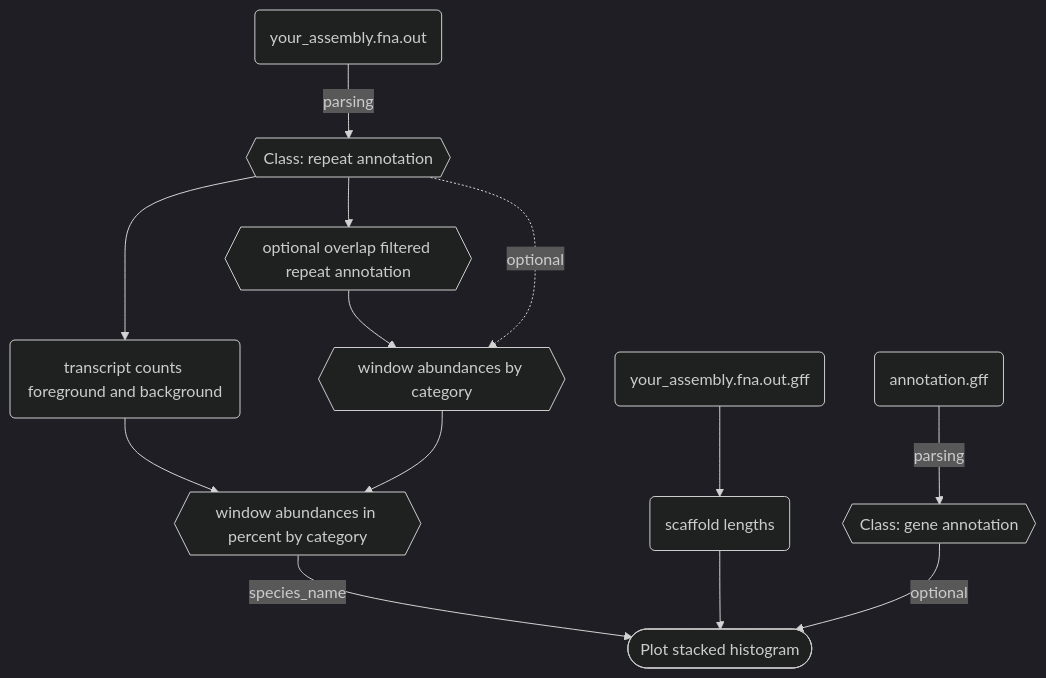
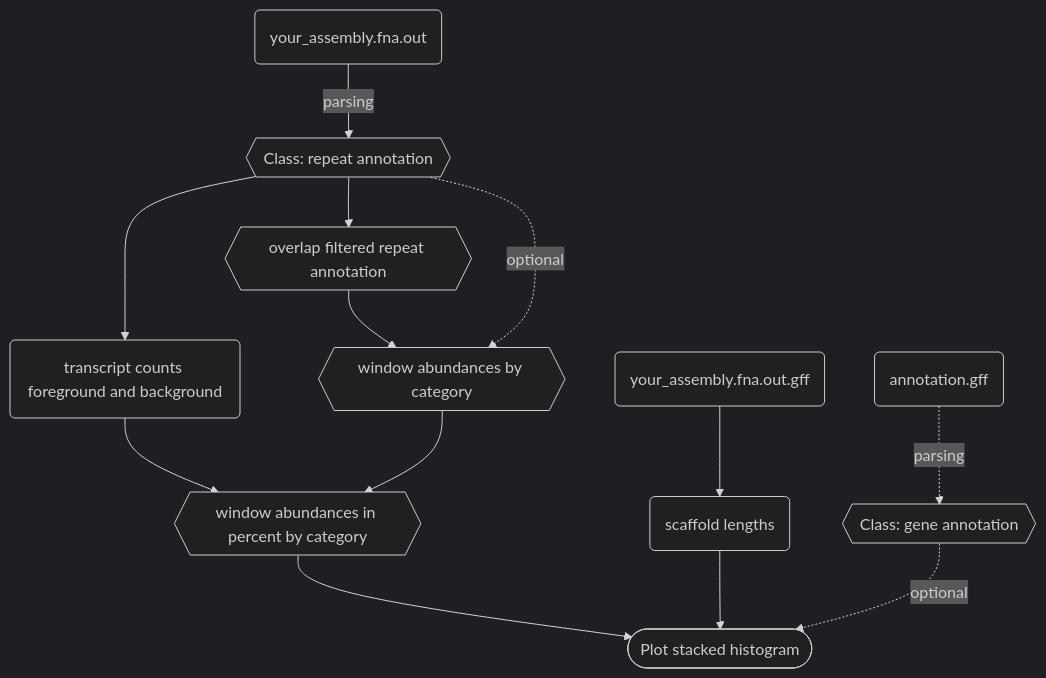
One commit to milena-t/ReVis changed the first of 2 diagrams in README.md. Above: the diagram before and after it, drawn with Mermaid (dark theme).

Commit message:
more mermaid

````diff
--- a/README.md
+++ b/README.md
@@ -68,23 +68,23 @@
 ```mermaid
 graph TD;
     infile_out(your_assembly.fna.out);
     infile_out -- parsing --> rep_annot{{Class: repeat annotation}};
 
     infile_annot(annotation.gff);
-    infile_annot -- parsing --> gene_annot{{Class: gene annotation}};
+    infile_annot -. parsing .-> gene_annot{{Class: gene annotation}};
     
-    rep_annot --> overlap_filt{{optional overlap filtered repeat annotation}};
+    rep_annot --> overlap_filt{{overlap filtered repeat annotation}};
     overlap_filt --> win_ab{{window abundances by category}};
     rep_annot -. optional .-> win_ab
     
     rep_annot --> tr_count(transcript counts foreground and background);
     tr_count --> win_prop{{window abundances in percent by category}}
     win_ab --> win_prop
     
     infile_gff(your_assembly.fna.out.gff);
     infile_gff --> contig_coords(scaffold lengths);
     
-    win_prop -- species_name --> plot([Plot stacked histogram])
+    win_prop --> plot([Plot stacked histogram])
     contig_coords --> plot
-    gene_annot -- optional --> plot
+    gene_annot -. optional .-> plot
 ```   
````
